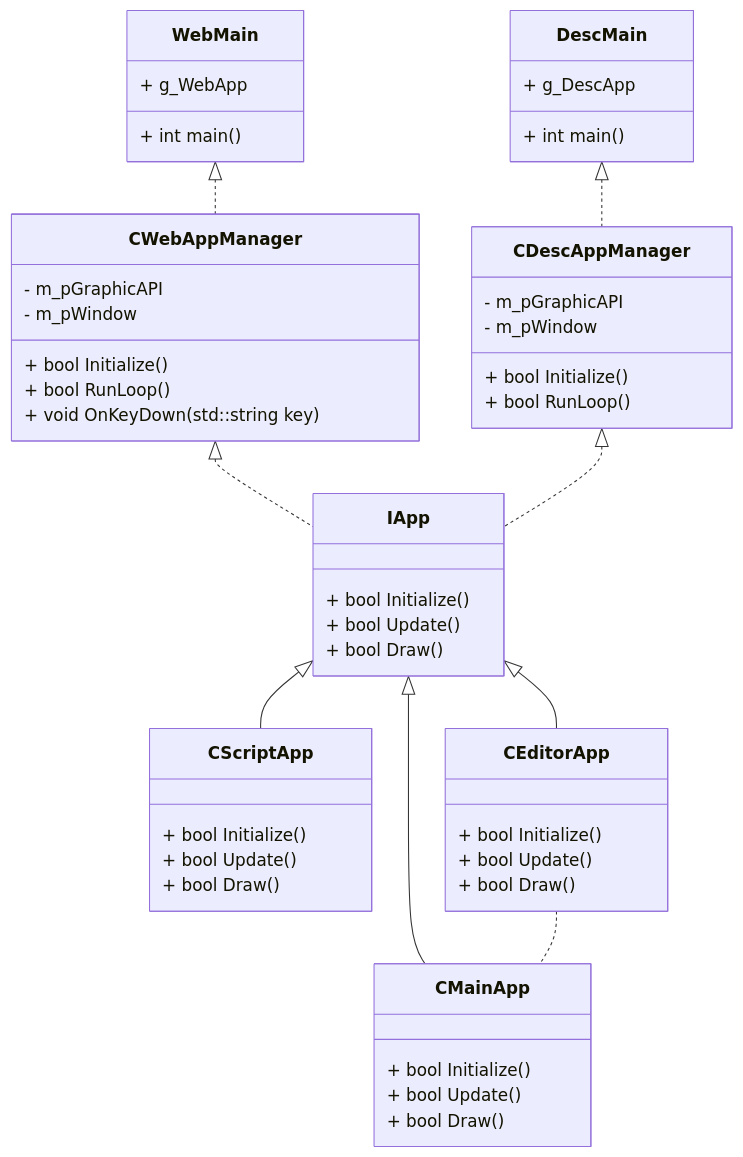
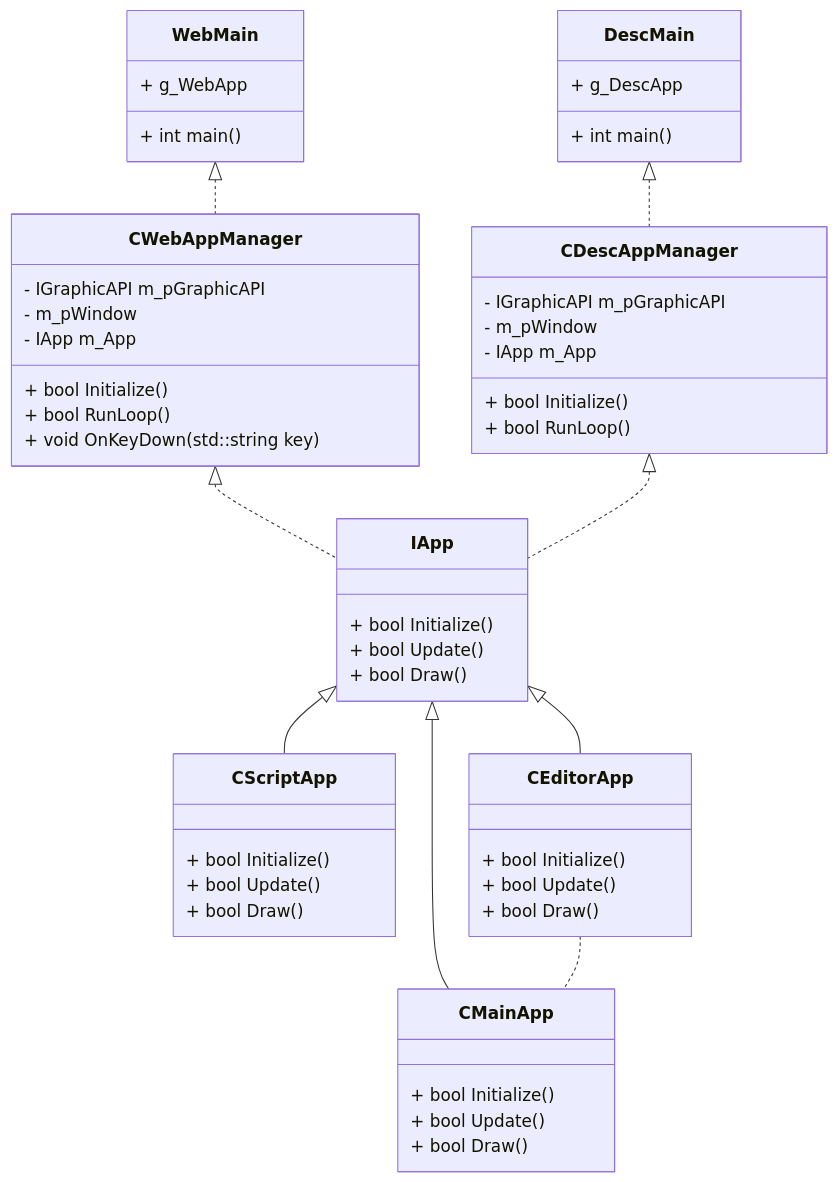
Before and after one commit to HaruoOgawa/Garnet: the diagram in Garnet/UML/BaseStructure.md, drawn with Mermaid.

````diff
--- a/Garnet/UML/BaseStructure.md
+++ b/Garnet/UML/BaseStructure.md
@@ -1,65 +1,67 @@
 ```mermaid
 classDiagram
     class WebMain{
         + g_WebApp
         + int main()
     }
     
     class CWebAppManager{
-        - m_pGraphicAPI
+        - IGraphicAPI m_pGraphicAPI
         - m_pWindow
+        - IApp m_App
         + bool Initialize()
         + bool RunLoop()
         + void OnKeyDown(std::string key)
     }
     
     WebMain <|.. CWebAppManager
     
     class DescMain{
         + g_DescApp
         + int main()
     }
     
     class CDescAppManager{
-        - m_pGraphicAPI
+        - IGraphicAPI m_pGraphicAPI
         - m_pWindow
+        - IApp m_App
         + bool Initialize()
         + bool RunLoop()
     }
     
     DescMain <|.. CDescAppManager
     
     class IApp{
         + bool Initialize()
         + bool Update()
         + bool Draw()
     }
     
     CWebAppManager <|.. IApp
     CDescAppManager <|.. IApp
     
     class CScriptApp{
         + bool Initialize()
         + bool Update()
         + bool Draw()
     }
     
     IApp <|-- CScriptApp
     
     class CEditorApp{
         + bool Initialize()
         + bool Update()
         + bool Draw()
     }
     
     IApp <|-- CEditorApp
     
     class CMainApp{
         + bool Initialize()
         + bool Update()
         + bool Draw()
     }
     
     IApp <|-- CMainApp
     CEditorApp .. CMainApp
 ```
````
